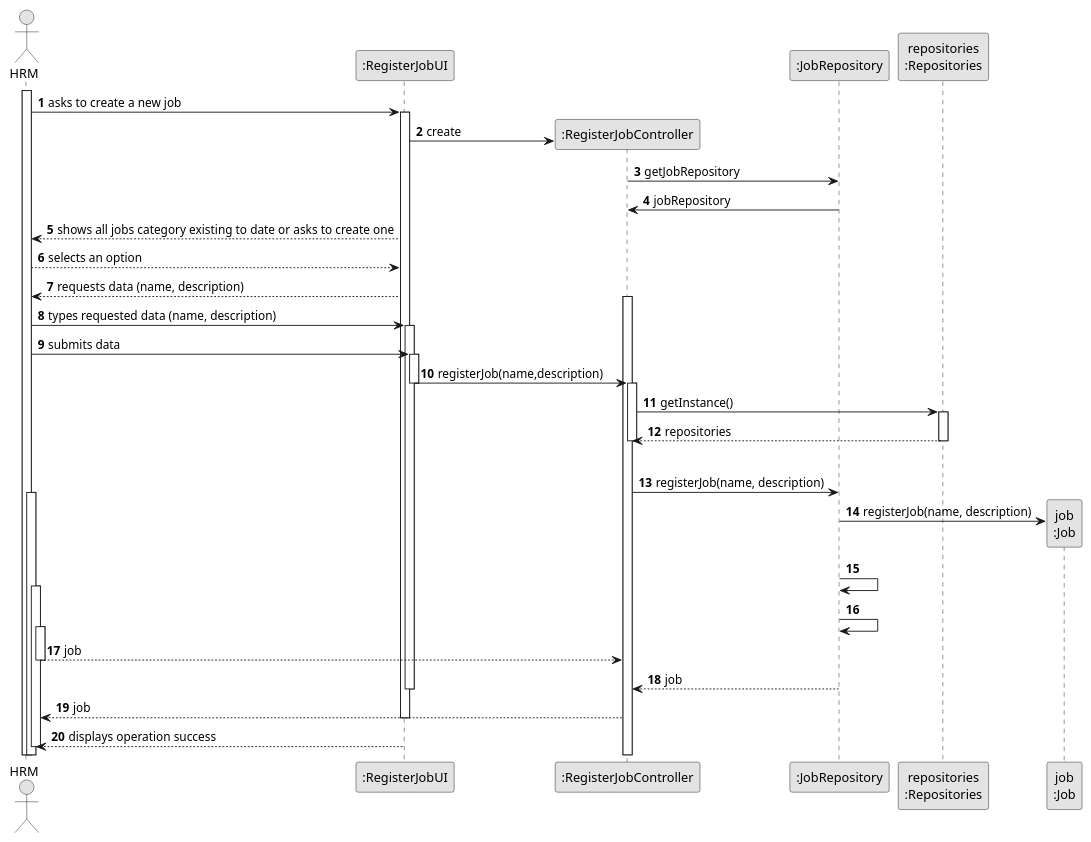
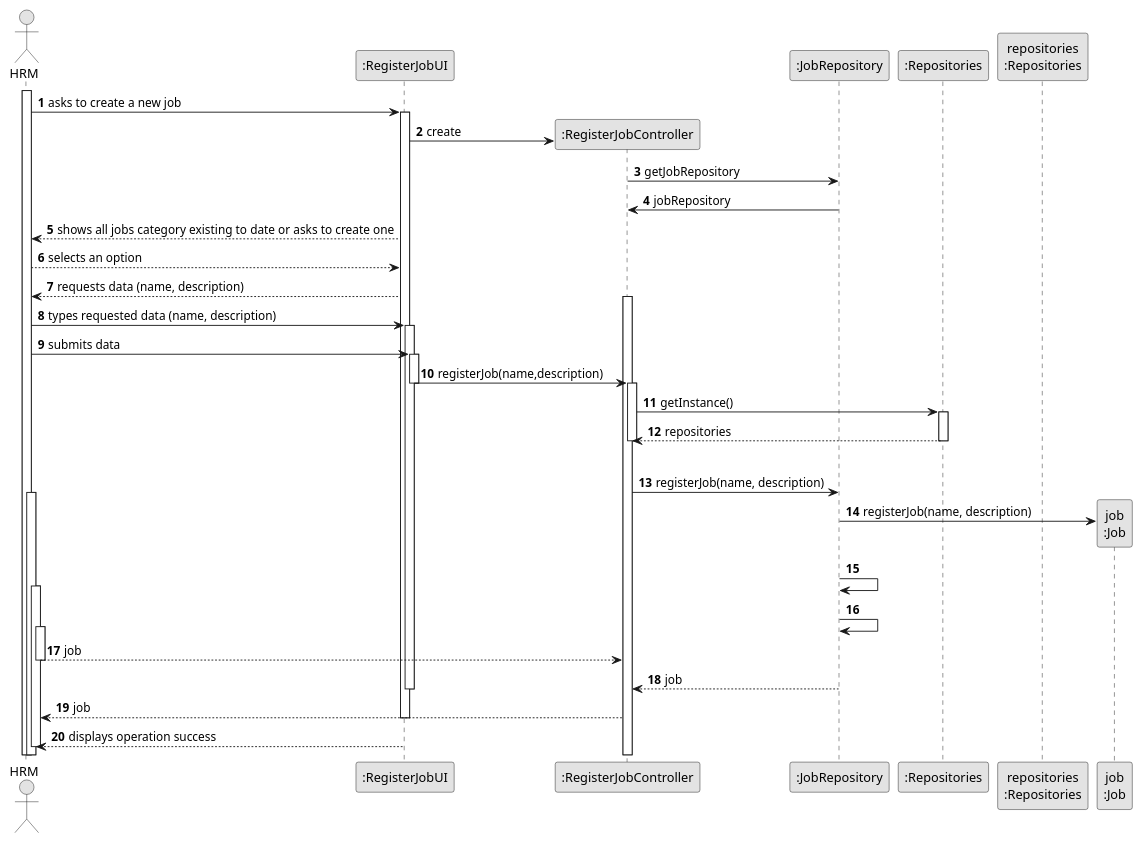
Before and after one commit to daniel41silva05/ISEP_2023_2024_LAPR2: the diagram in docs/sprintA&B/us002/03.design/puml/us002-sequence-diagram-full.puml, drawn with PlantUML. The commit also changed 2 other files, not shown here.

Commit message:
ED-16 Update US002 sequence diagram

```diff
--- a/docs/sprintA&B/us002/03.design/puml/us002-sequence-diagram-full.puml
+++ b/docs/sprintA&B/us002/03.design/puml/us002-sequence-diagram-full.puml
@@ -1,94 +1,95 @@
 @startuml
 skinparam monochrome true
 skinparam packageStyle rectangle
 skinparam shadowing false
 
 
 autonumber
 
 'hide footbox
 
 actor "HRM" as HRM
 participant ":RegisterJobUI" as UI
 participant ":RegisterJobController" as CTRL
 participant ":JobRepository" as JOBS
-participant "repositories\n:Repositories" as PLAT
+participant ":Repositories" as REP
+participant "repositories\n:Repositories" as REPS
 participant "job\n:Job" as JOB
 
 activate HRM
 
         HRM -> UI : asks to create a new job
 
         activate UI
 
             create CTRL
             UI -> CTRL** : create
 
             CTRL -> JOBS : getJobRepository
 
             JOBS -> CTRL : jobRepository
 
             UI --> HRM : shows all jobs category existing to date or asks to create one
 
             HRM --> UI : selects an option
 
             UI --> HRM : requests data (name, description)
 
             activate CTRL
 
 
     HRM -> UI : types requested data (name, description)
     activate UI
 
 
     HRM -> UI : submits data
     activate UI
 
         UI -> CTRL : registerJob(name,description)
         deactivate UI
         activate CTRL
 
 '            CTRL -> CTRL : getJobCategoryByDescription(taskCategoryDescription)
 '            activate CTRL
 
-                CTRL -> PLAT : getInstance()
-                activate PLAT
+                CTRL -> REP : getInstance()
+                activate REP
 
-                    PLAT --> CTRL: repositories
-                deactivate PLAT
+                    REP --> CTRL: repositories
+                deactivate REP
 
 '
             deactivate CTRL
 
 
             |||
             CTRL -> JOBS: registerJob(name, description)
             activate HRM
 
                 JOBS -> JOB**: registerJob(name, description)
                 JOBS -> JOBS:
 
 
                 activate HRM
                     JOBS -> JOBS
                     activate HRM
 
                 deactivate HRM
 
                 HRM --> CTRL : job
 
             deactivate HRM
 
             JOBS --> CTRL: job
             deactivate UI
 
             CTRL --> HRM: job
                         deactivate UI
 
 
             UI --> HRM: displays operation success
     deactivate UI
 
 deactivate HRM
 
 @enduml
```
